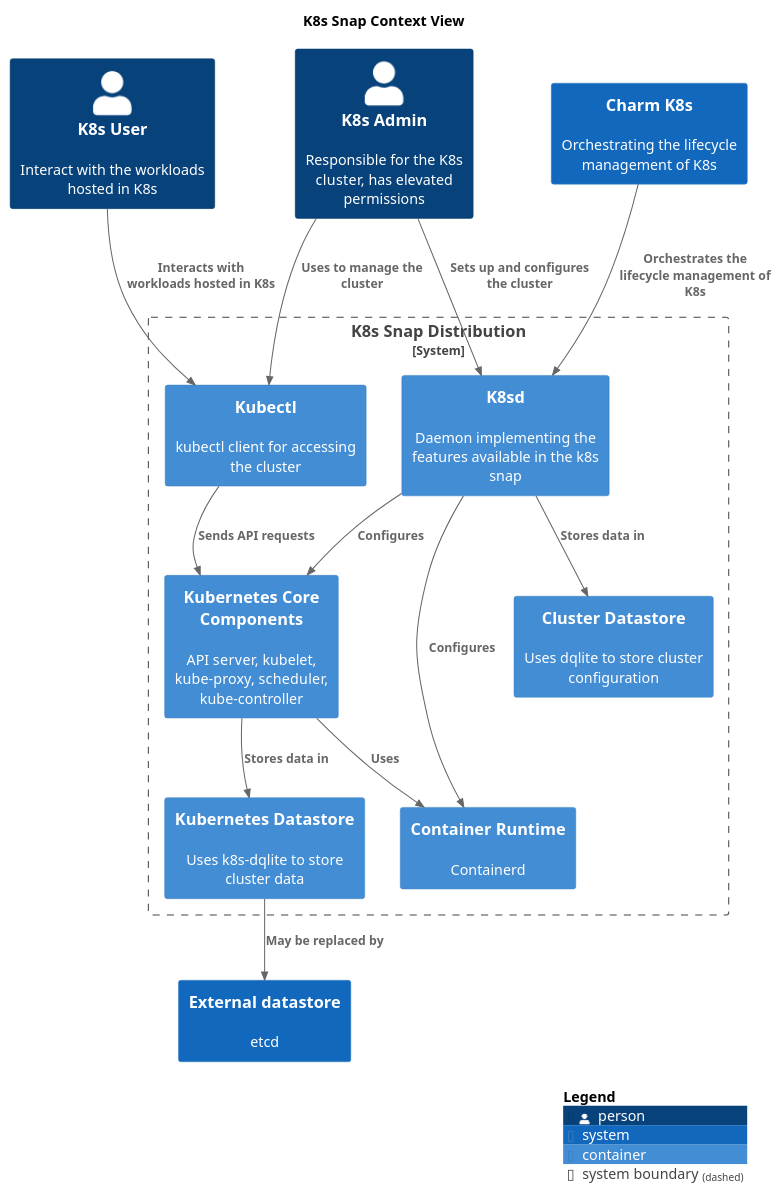
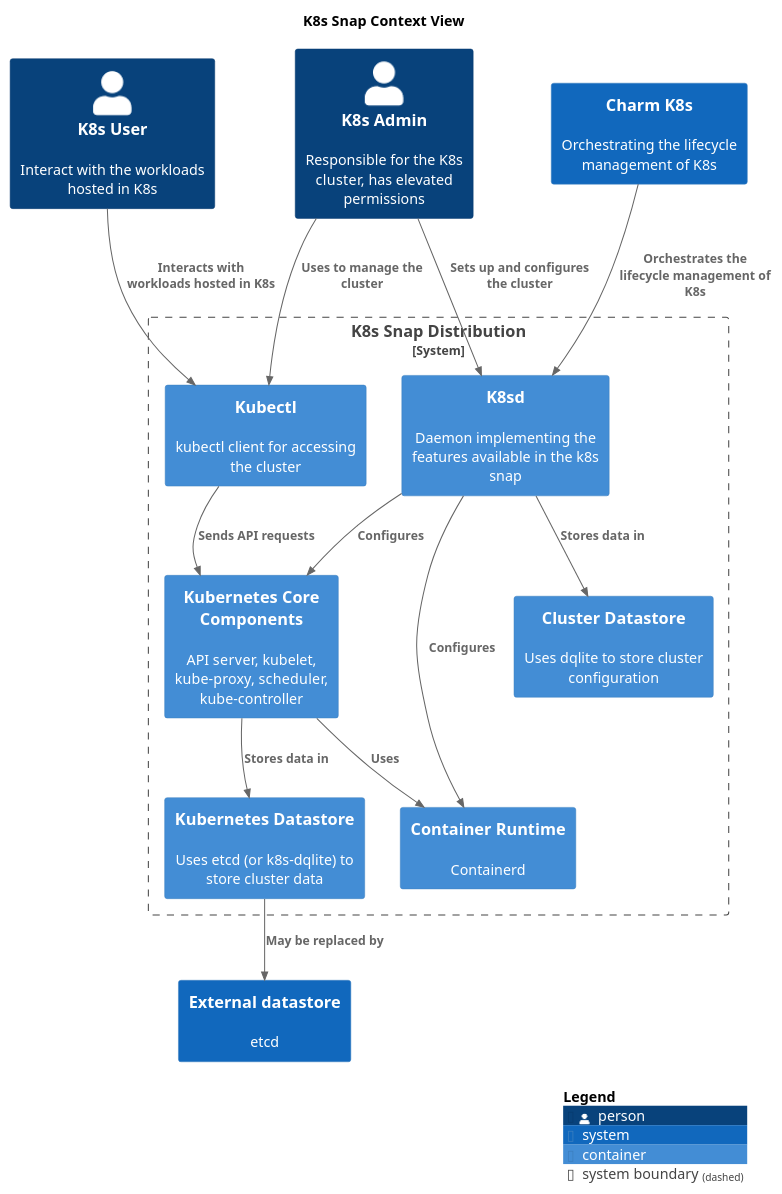
One commit to canonical/k8s-snap changed the diagram in docs/canonicalk8s/assets/k8s-container.puml. Above: the diagram before and after it, drawn with PlantUML. The commit also changed 22 other files, not shown here.

First line of the commit message:
docs: Replace k8s-dqlite with etcd (#1711)

```diff
--- a/docs/canonicalk8s/assets/k8s-container.puml
+++ b/docs/canonicalk8s/assets/k8s-container.puml
@@ -1,38 +1,38 @@
 @startuml
 set separator none
 title K8s Snap Context View
 
 top to bottom direction
 
 !include <C4/C4>
 !include <C4/C4_Context>
 !include <C4/C4_Container>
 
 Person(K8sAdmin, "K8s Admin", $descr="Responsible for the K8s cluster, has elevated permissions", $tags="", $link="")
 Person(K8sUser, "K8s User", $descr="Interact with the workloads hosted in K8s", $tags="", $link="")
 System(CharmK8s, "Charm K8s", $descr="Orchestrating the lifecycle management of K8s", $tags="", $link="")
 System(Externaldatastore, "External datastore", $descr="etcd", $tags="", $link="")
 
 System_Boundary("K8sSnapDistribution_boundary", "K8s Snap Distribution", $tags="") {
   Container(K8sSnapDistribution.KubernetesCoreComponents, "Kubernetes Core Components", $techn="", $descr="API server, kubelet, kube-proxy, scheduler, kube-controller", $tags="", $link="")
   Container(K8sSnapDistribution.ContainerRuntime, "Container Runtime", $techn="", $descr="Containerd", $tags="", $link="")
   Container(K8sSnapDistribution.K8sd, "K8sd", $techn="", $descr="Daemon implementing the features available in the k8s snap", $tags="", $link="")
   Container(K8sSnapDistribution.K8sddatastore, "Cluster Datastore", $techn="", $descr="Uses dqlite to store cluster configuration", $tags="", $link="")
   Container(K8sSnapDistribution.Kubectl, "Kubectl", $techn="", $descr="kubectl client for accessing the cluster", $tags="", $link="")
-  Container(K8sSnapDistribution.Kubernetesdatastore, "Kubernetes Datastore", $techn="", $descr="Uses k8s-dqlite to store cluster data", $tags="", $link="")
+  Container(K8sSnapDistribution.Kubernetesdatastore, "Kubernetes Datastore", $techn="", $descr="Uses etcd (or k8s-dqlite) to store cluster data", $tags="", $link="")
 }
 
 Rel(K8sAdmin, K8sSnapDistribution.K8sd, "Sets up and configures the cluster", $techn="", $tags="", $link="")
 Rel(K8sAdmin, K8sSnapDistribution.Kubectl, "Uses to manage the cluster", $techn="", $tags="", $link="")
 Rel(K8sUser, K8sSnapDistribution.Kubectl, "Interacts with workloads hosted in K8s", $techn="", $tags="", $link="")
 Rel(CharmK8s, K8sSnapDistribution.K8sd, "Orchestrates the lifecycle management of K8s", $techn="", $tags="", $link="")
 Rel(K8sSnapDistribution.K8sd, K8sSnapDistribution.K8sddatastore, "Stores data in", $techn="", $tags="", $link="")
 Rel(K8sSnapDistribution.KubernetesCoreComponents, K8sSnapDistribution.Kubernetesdatastore, "Stores data in", $techn="", $tags="", $link="")
 Rel(K8sSnapDistribution.Kubernetesdatastore, Externaldatastore, "May be replaced by", $techn="", $tags="", $link="")
 Rel(K8sSnapDistribution.K8sd, K8sSnapDistribution.KubernetesCoreComponents, "Configures", $techn="", $tags="", $link="")
 Rel(K8sSnapDistribution.KubernetesCoreComponents, K8sSnapDistribution.ContainerRuntime, "Uses", $techn="", $tags="", $link="")
 Rel(K8sSnapDistribution.Kubectl, K8sSnapDistribution.KubernetesCoreComponents, "Sends API requests", $techn="", $tags="", $link="")
 Rel(K8sSnapDistribution.K8sd, K8sSnapDistribution.ContainerRuntime, "Configures", $techn="", $tags="", $link="")
 
 SHOW_LEGEND(true)
 @enduml
```
